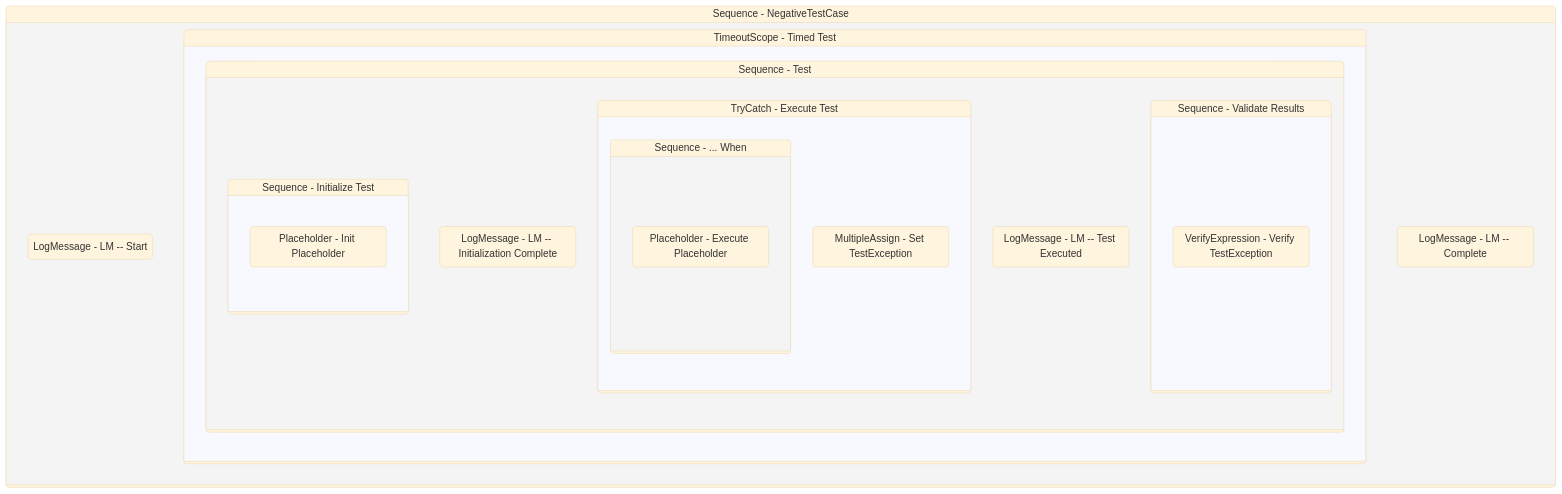
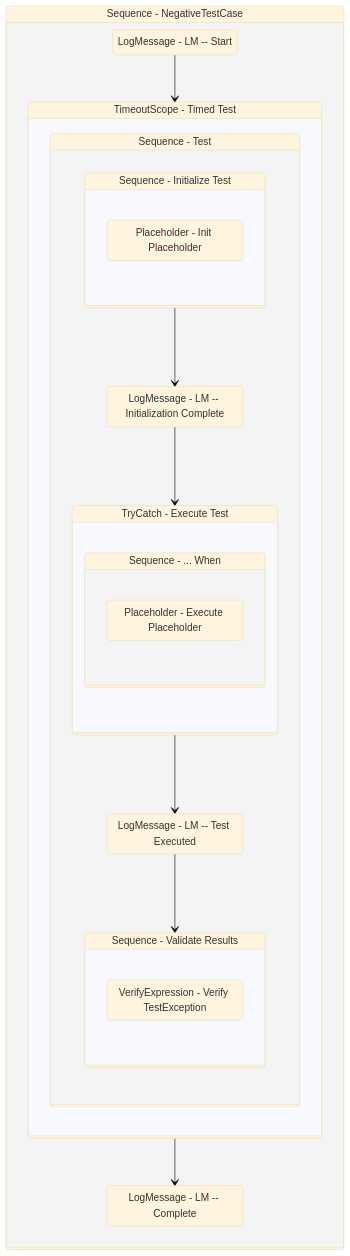
The diagram in Documentation/.templates/Tests/NoDataSource/NegativeTestCase.md (yashbrahmbhatt/LazyFramework), drawn with Mermaid (base theme) before and after one commit. The commit also changed 78 other files, not shown here.

Commit message:
added handling of ifs in autodocs mermaid

````diff
--- a/Documentation/.templates/Tests/NoDataSource/NegativeTestCase.md
+++ b/Documentation/.templates/Tests/NoDataSource/NegativeTestCase.md
@@ -132,47 +132,49 @@
 ```mermaid
 stateDiagram-v2
 
 
 Sequence_1: Sequence - NegativeTestCase
 state Sequence_1 {
 direction TB
 LogMessage_4 : LogMessage - LM -- Start
-
+LogMessage_4 --> TimeoutScope_1
 TimeoutScope_1: TimeoutScope - Timed Test
 state TimeoutScope_1 {
 direction TB
 
 Sequence_5: Sequence - Test
 state Sequence_5 {
 direction TB
 
 Sequence_2: Sequence - Initialize Test
 state Sequence_2 {
 direction TB
 Placeholder_1 : Placeholder - Init Placeholder
 }
 LogMessage_3 : LogMessage - LM -- Initialization Complete
-
+Sequence_2 --> LogMessage_3
+LogMessage_3 --> TryCatch_1
 TryCatch_1: TryCatch - Execute Test
 state TryCatch_1 {
 direction TB
 
 Sequence_3: Sequence - ... When
 state Sequence_3 {
 direction TB
 Placeholder_2 : Placeholder - Execute Placeholder
 }
-MultipleAssign_1 : MultipleAssign - Set TestException
 }
 LogMessage_2 : LogMessage - LM -- Test Executed
-
+TryCatch_1 --> LogMessage_2
+LogMessage_2 --> Sequence_4
 Sequence_4: Sequence - Validate Results
 state Sequence_4 {
 direction TB
 VerifyExpression_5 : VerifyExpression - Verify TestException
 }
 }
 }
 LogMessage_1 : LogMessage - LM -- Complete
+TimeoutScope_1 --> LogMessage_1
 }
 ```
````
